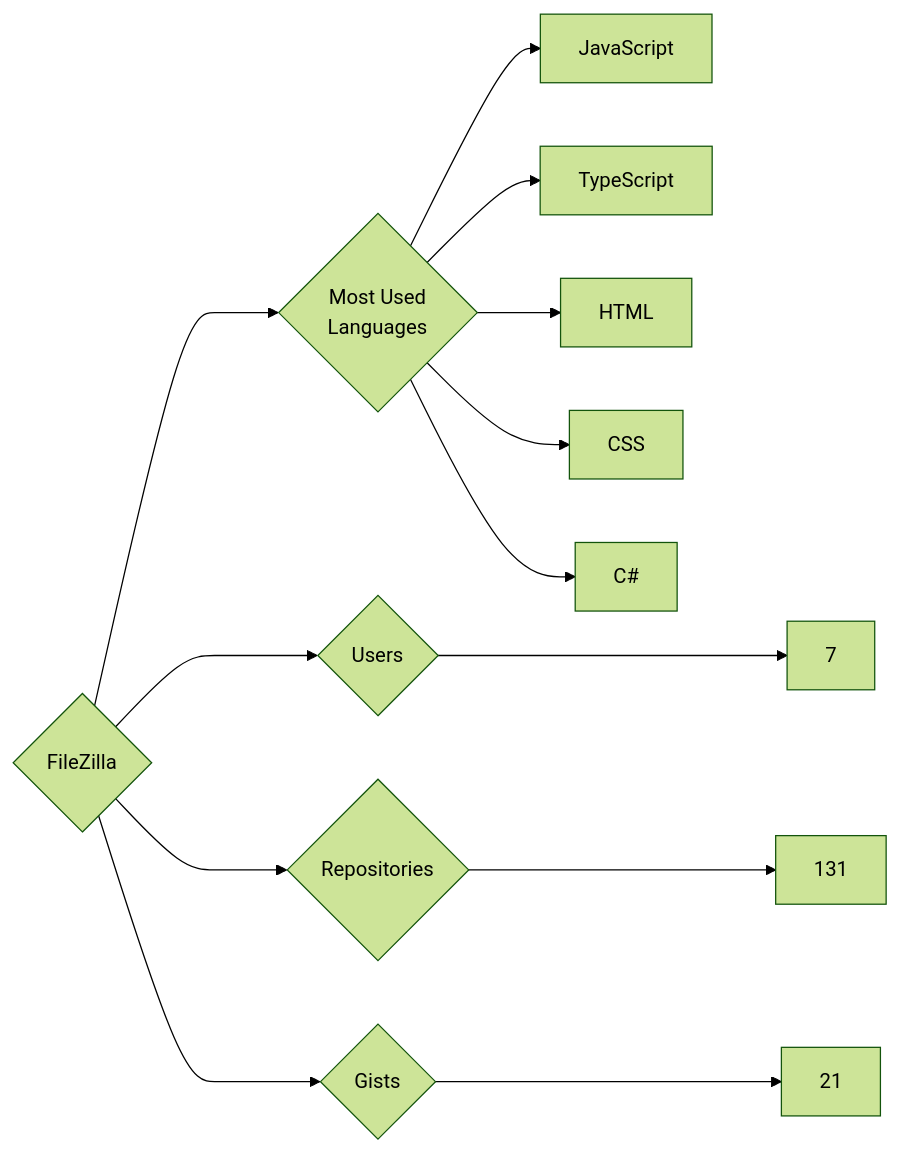
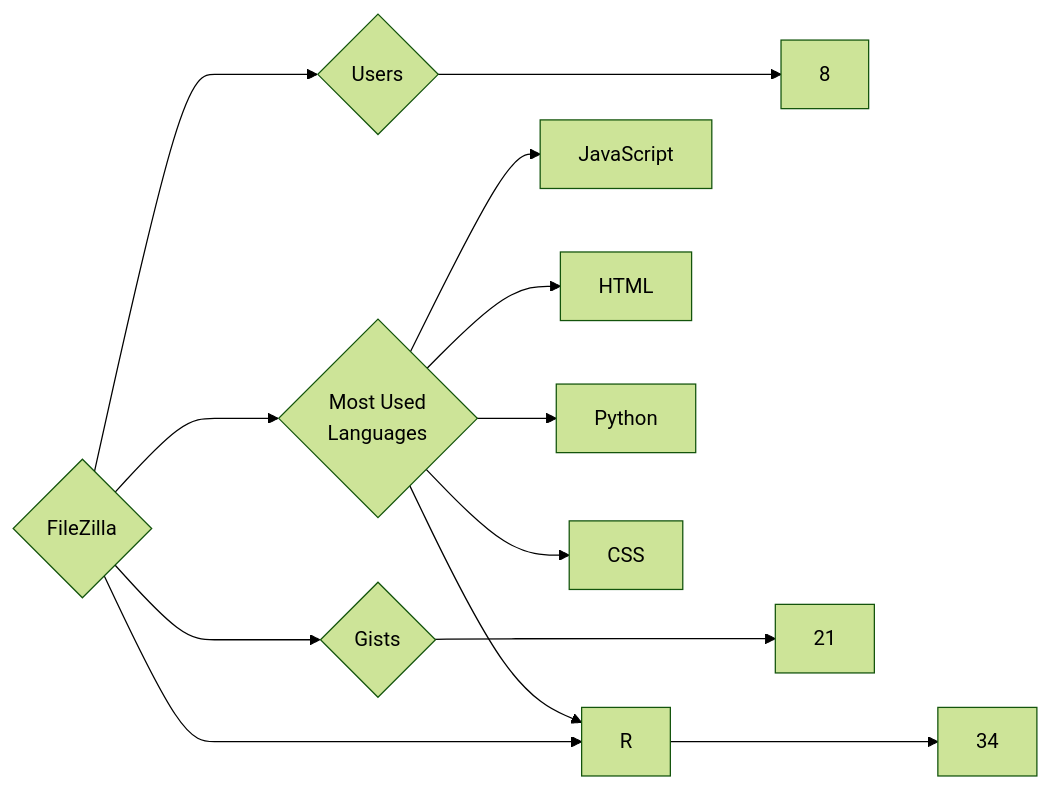
Before and after one commit to trickest/insiders: the diagram in targets/FileZilla/README.md, drawn with Mermaid (forest theme). The commit also changed 611 other files, not shown here.

````diff
--- a/targets/FileZilla/README.md
+++ b/targets/FileZilla/README.md
@@ -3,13 +3,13 @@
 ```mermaid
 graph LR
 COMPANY_NAME{FileZilla}
-COMPANY_NAME ---> U{Users} ---> UN[7]
-COMPANY_NAME ---> R{Repositories} ---> RN[131]
+COMPANY_NAME ---> U{Users} ---> UN[8]
+COMPANY_NAME ---> R{Repositories} ---> RN[34]
 COMPANY_NAME ---> G{Gists} ---> GN[21]
 COMPANY_NAME ---> ML{Most Used<br>Languages}
 ML --> JavaScript[JavaScript]
-ML --> TypeScript[TypeScript]
 ML --> HTML[HTML]
+ML --> R[R]
+ML --> Python[Python]
 ML --> CSS[CSS]
-ML --> C#[C#]
 ```
````
